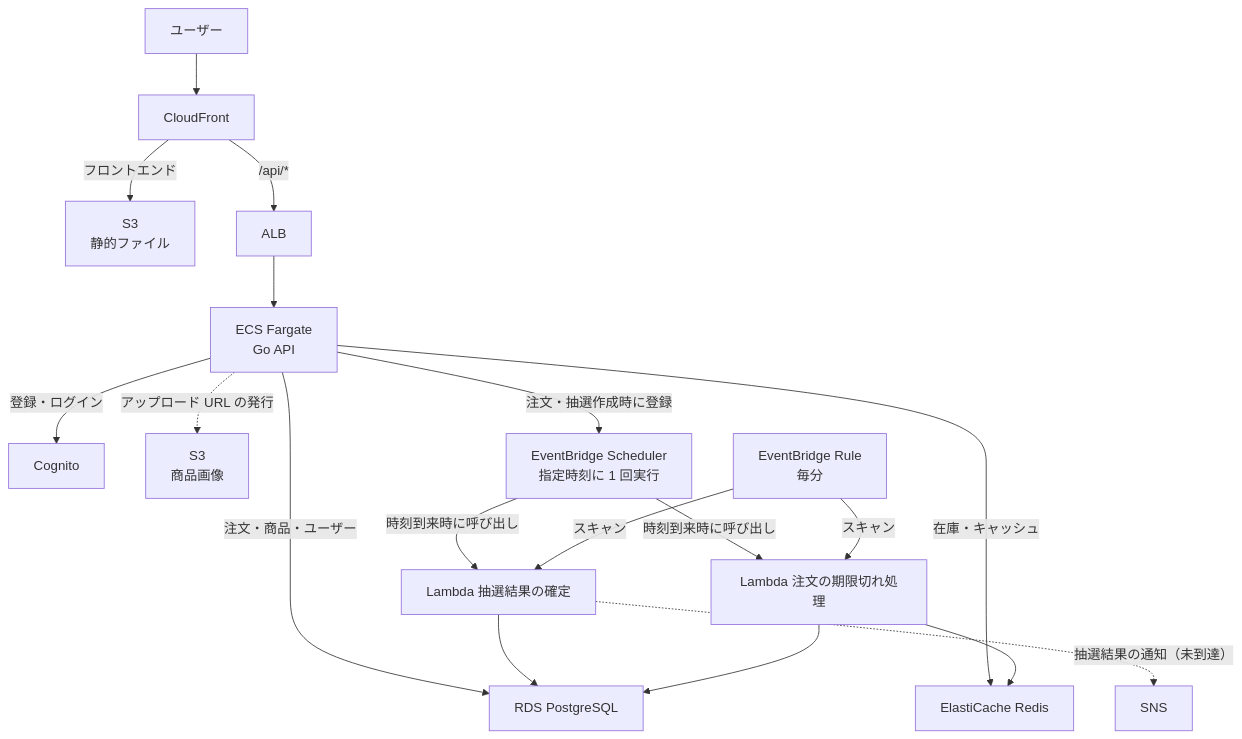
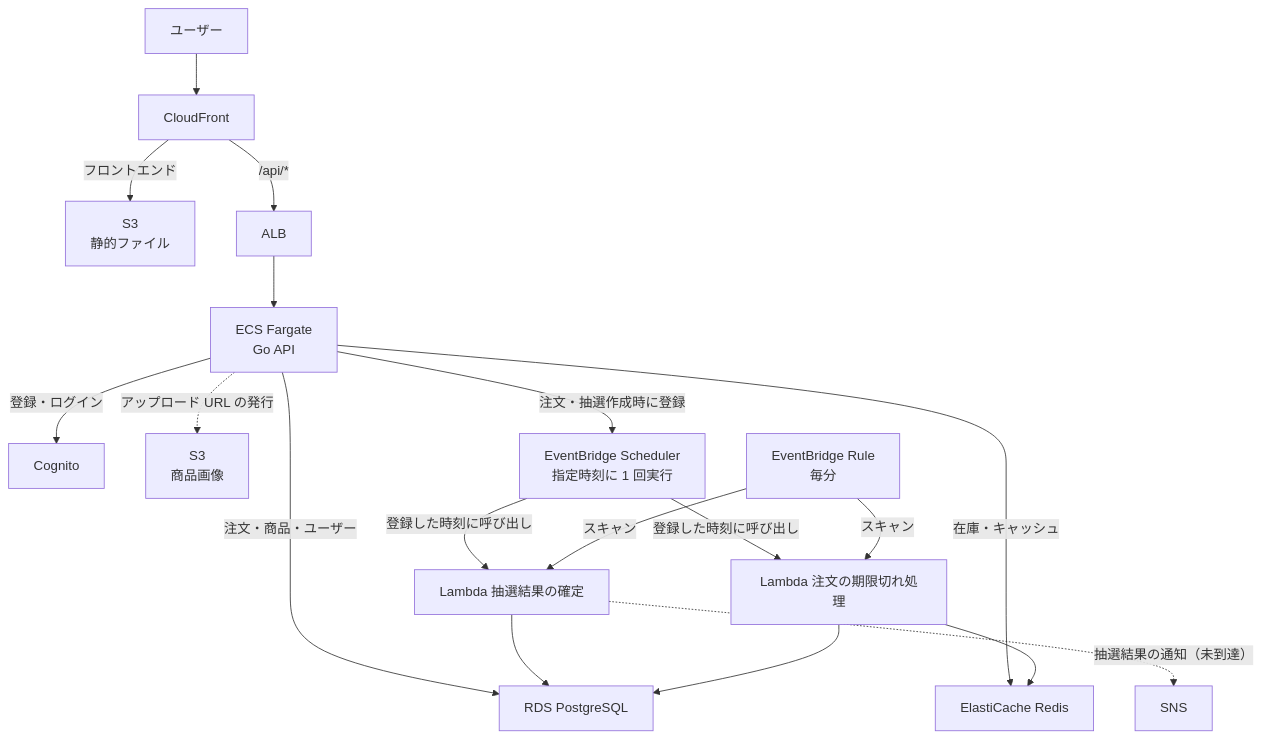
Before and after one commit to jessehub777/flashbuy: the first of 4 diagrams in README.md, drawn with Mermaid. The commit also changed other lines of this file and 1 other file, not shown here.

````diff
--- a/README.md
+++ b/README.md
@@ -29,20 +55,20 @@
 ```mermaid
 flowchart TB
   U["ユーザー"] --> CF["CloudFront"]
   CF -->|"フロントエンド"| S3F["S3<br/>静的ファイル"]
   CF -->|"/api/*"| ALB["ALB"]
   ALB --> ECS["ECS Fargate<br/>Go API"]
   ECS -->|"注文・商品・ユーザー"| RDS["RDS PostgreSQL"]
   ECS -->|"在庫・キャッシュ"| RD["ElastiCache Redis"]
   ECS -->|"登録・ログイン"| COG["Cognito"]
   ECS -.->|"アップロード URL の発行"| S3I["S3<br/>商品画像"]
   ECS -->|"注文・抽選作成時に登録"| SCH["EventBridge Scheduler<br/>指定時刻に 1 回実行"]
-  SCH -->|"時刻到来時に呼び出し"| L1["Lambda 抽選結果の確定"]
-  SCH -->|"時刻到来時に呼び出し"| L2["Lambda 注文の期限切れ処理"]
+  SCH -->|"登録した時刻に呼び出し"| L1["Lambda 抽選結果の確定"]
+  SCH -->|"登録した時刻に呼び出し"| L2["Lambda 注文の期限切れ処理"]
   RULE["EventBridge Rule<br/>毎分"] -->|"スキャン"| L1
   RULE -->|"スキャン"| L2
   L1 --> RDS
   L1 -.->|"抽選結果の通知（未到達）"| SNS["SNS"]
   L2 --> RDS
   L2 --> RD
 ```
````
